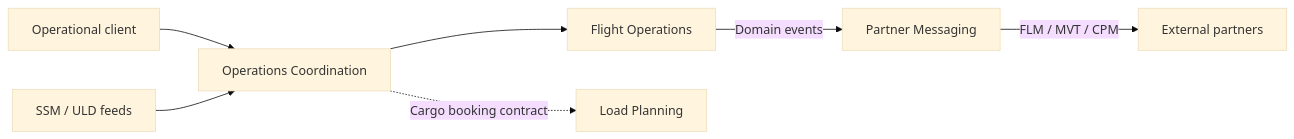
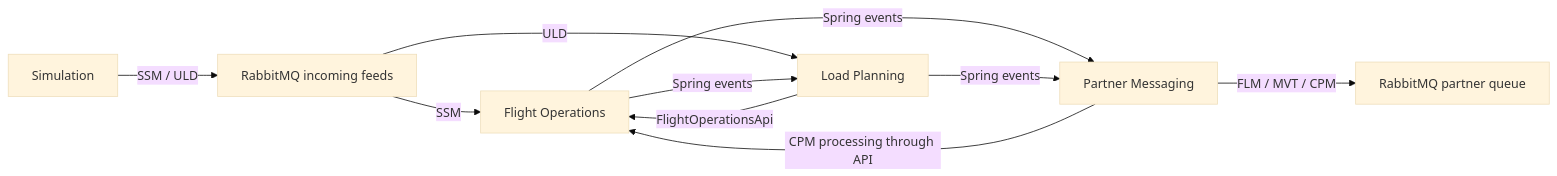
One commit to Nister37/air-freight-backend changed the diagram in README.md. Above: the diagram before and after it, drawn with Mermaid (base theme). The commit also changed other lines of this file and 2 other files, not shown here.

````diff
--- a/README.md
+++ b/README.md
@@ -5,9 +143,12 @@
 ```mermaid
 flowchart LR
-    Client[Operational client] --> Coordination[Operations Coordination]
-    Feeds[SSM / ULD feeds] --> Coordination
-    Coordination --> Flights[Flight Operations]
-    Coordination -. Cargo booking contract .-> Load[Load Planning]
-    Flights -->|Domain events| Messaging[Partner Messaging]
-    Messaging -->|FLM / MVT / CPM| Partners[External partners]
+    Simulation -->|SSM / ULD| Feeds[RabbitMQ incoming feeds]
+    Feeds -->|SSM| Flights[Flight Operations]
+    Feeds -->|ULD| Loads[Load Planning]
+    Flights -->|Spring events| Loads
+    Flights -->|Spring events| Messages[Partner Messaging]
+    Loads -->|Spring events| Messages
+    Loads -->|FlightOperationsApi| Flights
+    Messages -->|CPM processing through API| Flights
+    Messages -->|FLM / MVT / CPM| Partners[RabbitMQ partner queue]
 ```
````
